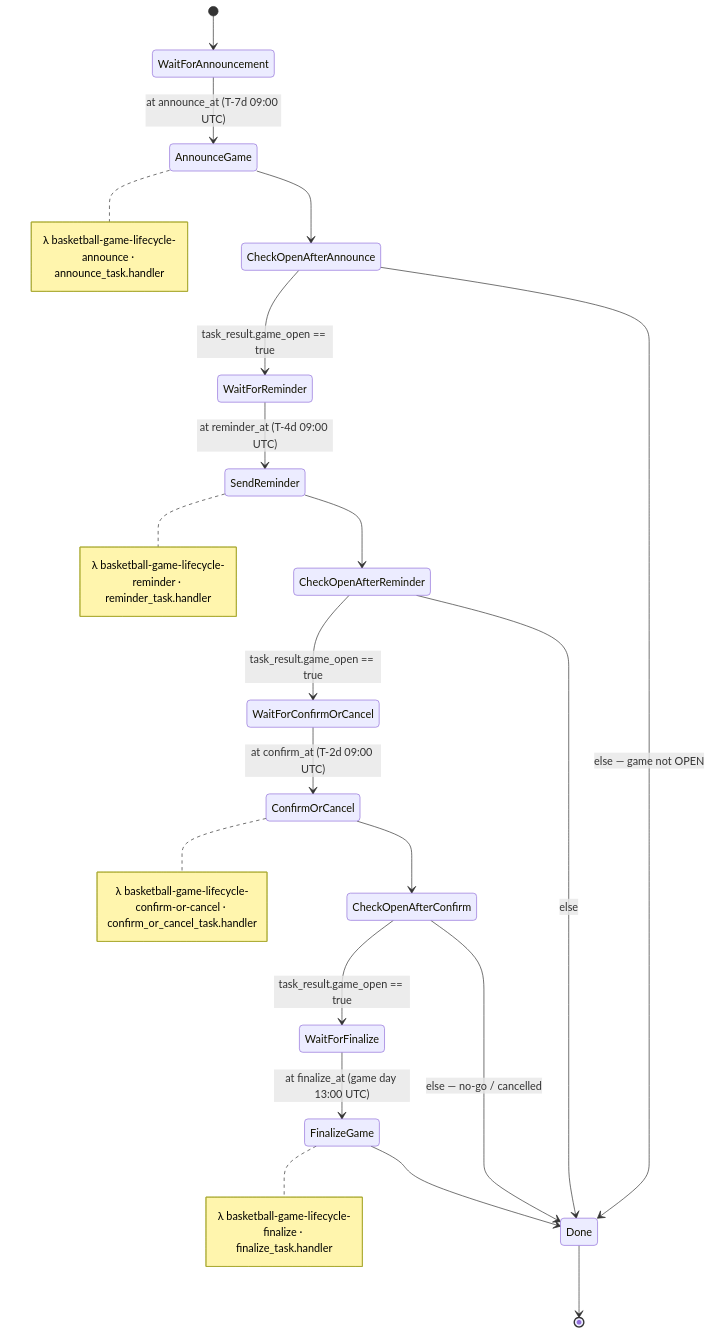
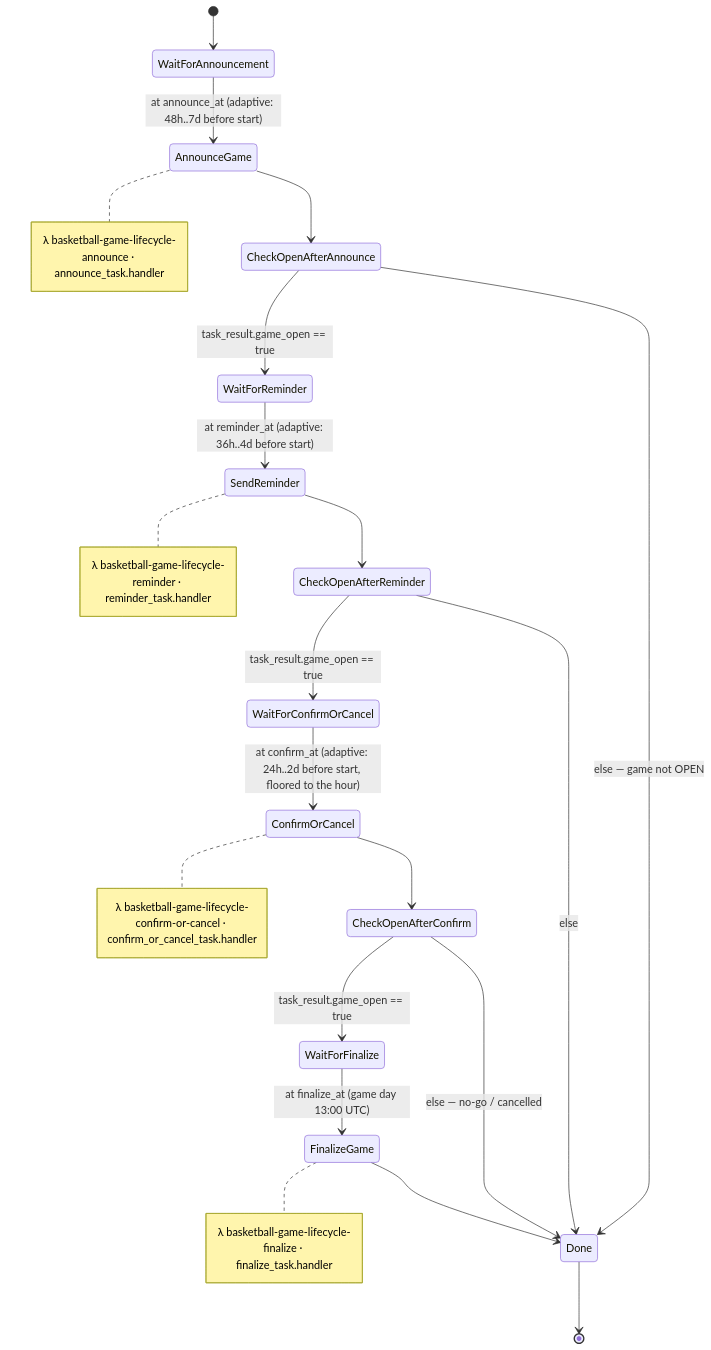
One commit to mmithileash/basketball-game-scheduler changed the diagram in src/game_lifecycle/game-lifecycle-state-transitions.md. Above: the diagram before and after it, drawn with Mermaid. The commit also changed other lines of this file and 19 other files, not shown here.

````diff
--- a/src/game_lifecycle/game-lifecycle-state-transitions.md
+++ b/src/game_lifecycle/game-lifecycle-state-transitions.md
@@ -16,27 +16,27 @@
 ```mermaid
 stateDiagram-v2
     [*] --> WaitForAnnouncement
-    WaitForAnnouncement --> AnnounceGame: at announce_at (T-7d 09:00 UTC)
+    WaitForAnnouncement --> AnnounceGame: at announce_at (adaptive: 48h..7d before start)
     AnnounceGame --> CheckOpenAfterAnnounce
     CheckOpenAfterAnnounce --> WaitForReminder: task_result.game_open == true
     CheckOpenAfterAnnounce --> Done: else — game not OPEN
 
-    WaitForReminder --> SendReminder: at reminder_at (T-4d 09:00 UTC)
+    WaitForReminder --> SendReminder: at reminder_at (adaptive: 36h..4d before start)
     SendReminder --> CheckOpenAfterReminder
     CheckOpenAfterReminder --> WaitForConfirmOrCancel: task_result.game_open == true
     CheckOpenAfterReminder --> Done: else
 
-    WaitForConfirmOrCancel --> ConfirmOrCancel: at confirm_at (T-2d 09:00 UTC)
+    WaitForConfirmOrCancel --> ConfirmOrCancel: at confirm_at (adaptive: 24h..2d before start, floored to the hour)
     ConfirmOrCancel --> CheckOpenAfterConfirm
     CheckOpenAfterConfirm --> WaitForFinalize: task_result.game_open == true
     CheckOpenAfterConfirm --> Done: else — no-go / cancelled
 
     WaitForFinalize --> FinalizeGame: at finalize_at (game day 13:00 UTC)
     FinalizeGame --> Done
     Done --> [*]
 
     note right of AnnounceGame : λ basketball-game-lifecycle-announce · announce_task.handler
     note right of SendReminder : λ basketball-game-lifecycle-reminder · reminder_task.handler
     note right of ConfirmOrCancel : λ basketball-game-lifecycle-confirm-or-cancel · confirm_or_cancel_task.handler
     note right of FinalizeGame : λ basketball-game-lifecycle-finalize · finalize_task.handler
 ```
````
